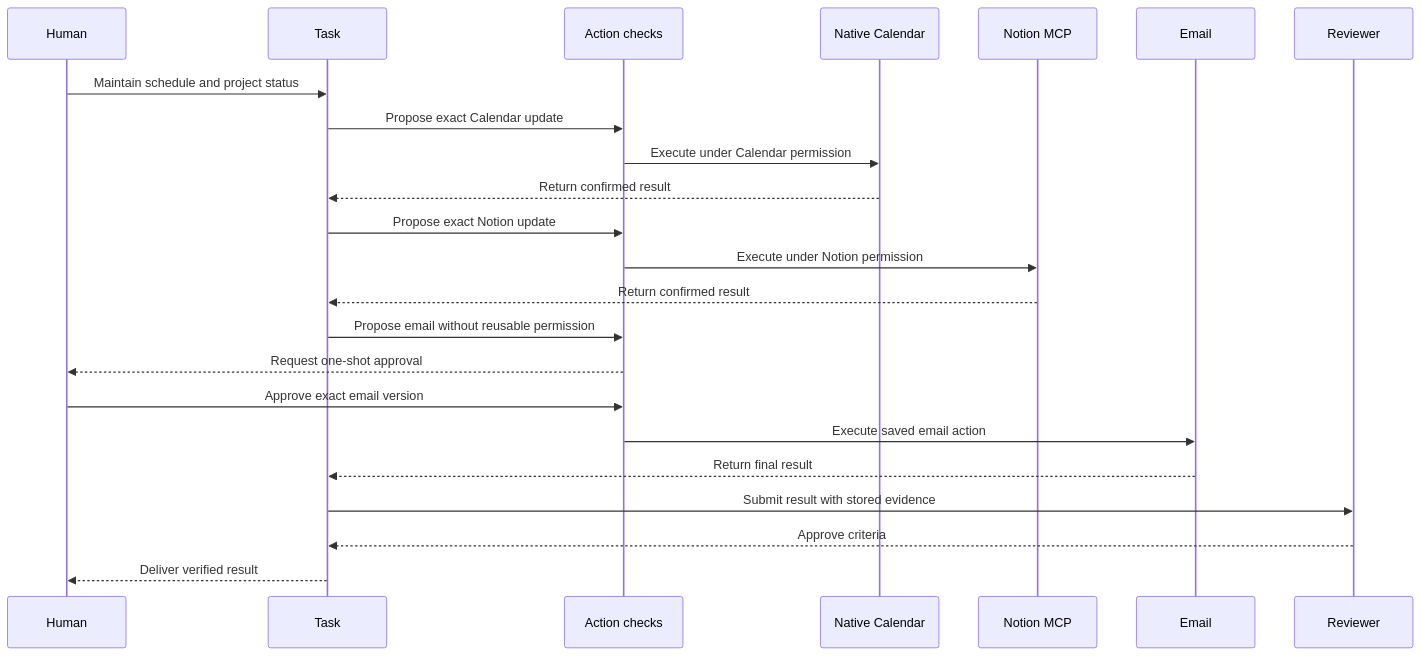
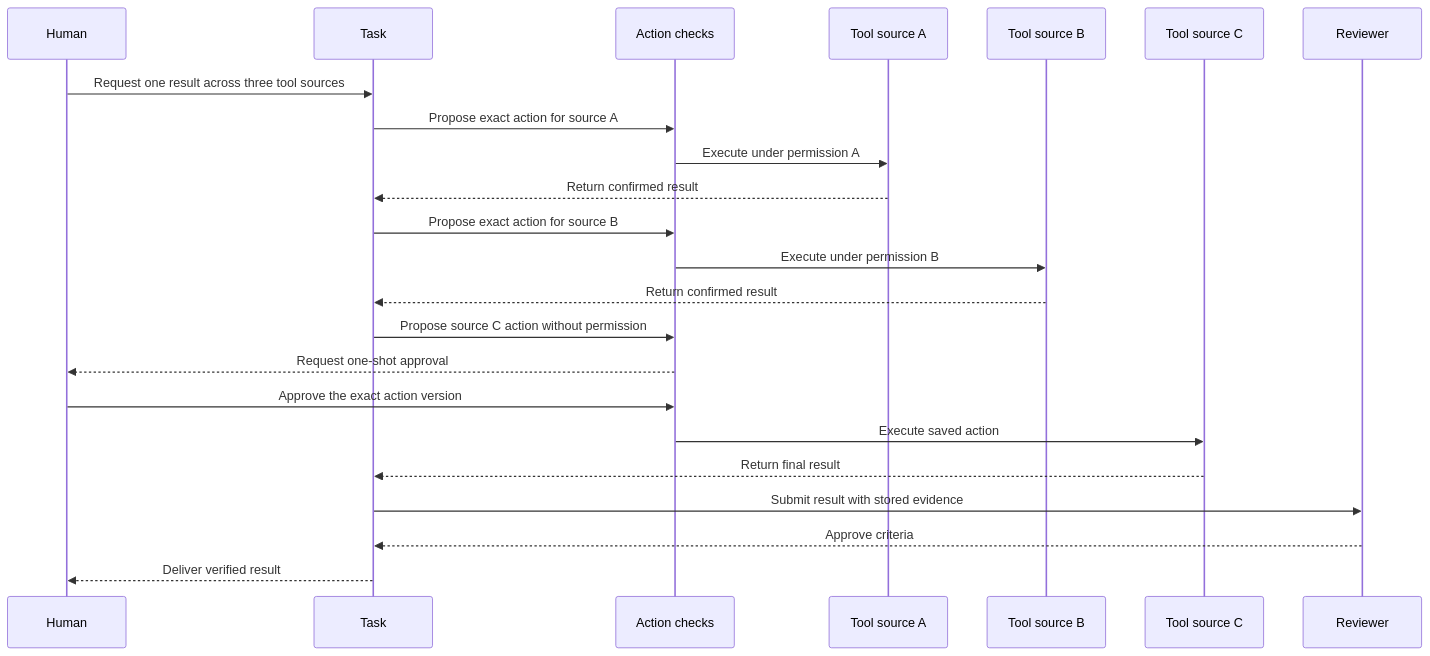
One commit to kpsuperplane/Noema changed diagram 28 of 29 in docs/superpowers/plans/2026-08-08-noema-practical-reliability-roadmap.md. Above: the diagram before and after it, drawn with Mermaid. The commit also changed other lines of this file, not shown here.

Commit message:
docs: make reliability roadmap tool-neutral

````diff
--- a/docs/superpowers/plans/2026-08-08-noema-practical-reliability-roadmap.md
+++ b/docs/superpowers/plans/2026-08-08-noema-practical-reliability-roadmap.md
@@ -1534,26 +1532,26 @@
 ```mermaid
 sequenceDiagram
     participant Human
     participant Task
     participant Checks as Action checks
-    participant Calendar as Native Calendar
-    participant Notion as Notion MCP
-    participant Email
+    participant SourceA as Tool source A
+    participant SourceB as Tool source B
+    participant SourceC as Tool source C
     participant Reviewer
 
-    Human->>Task: Maintain schedule and project status
-    Task->>Checks: Propose exact Calendar update
-    Checks->>Calendar: Execute under Calendar permission
-    Calendar-->>Task: Return confirmed result
-    Task->>Checks: Propose exact Notion update
-    Checks->>Notion: Execute under Notion permission
-    Notion-->>Task: Return confirmed result
-    Task->>Checks: Propose email without reusable permission
+    Human->>Task: Request one result across three tool sources
+    Task->>Checks: Propose exact action for source A
+    Checks->>SourceA: Execute under permission A
+    SourceA-->>Task: Return confirmed result
+    Task->>Checks: Propose exact action for source B
+    Checks->>SourceB: Execute under permission B
+    SourceB-->>Task: Return confirmed result
+    Task->>Checks: Propose source C action without permission
     Checks-->>Human: Request one-shot approval
-    Human->>Checks: Approve exact email version
-    Checks->>Email: Execute saved email action
-    Email-->>Task: Return final result
+    Human->>Checks: Approve the exact action version
+    Checks->>SourceC: Execute saved action
+    SourceC-->>Task: Return final result
     Task->>Reviewer: Submit result with stored evidence
     Reviewer-->>Task: Approve criteria
     Task-->>Human: Deliver verified result
 ```
````
